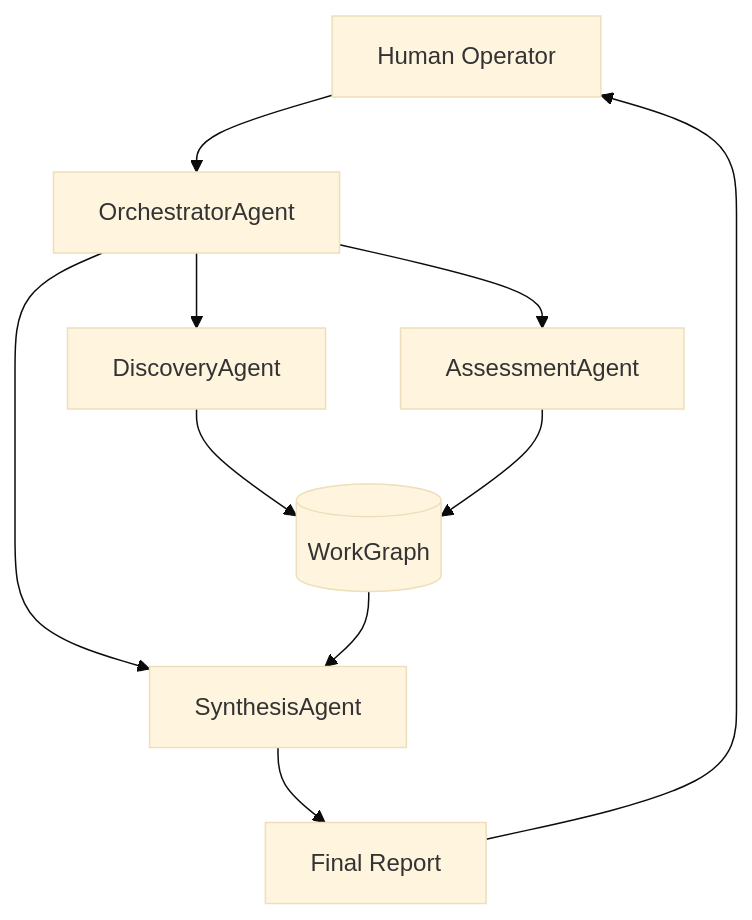
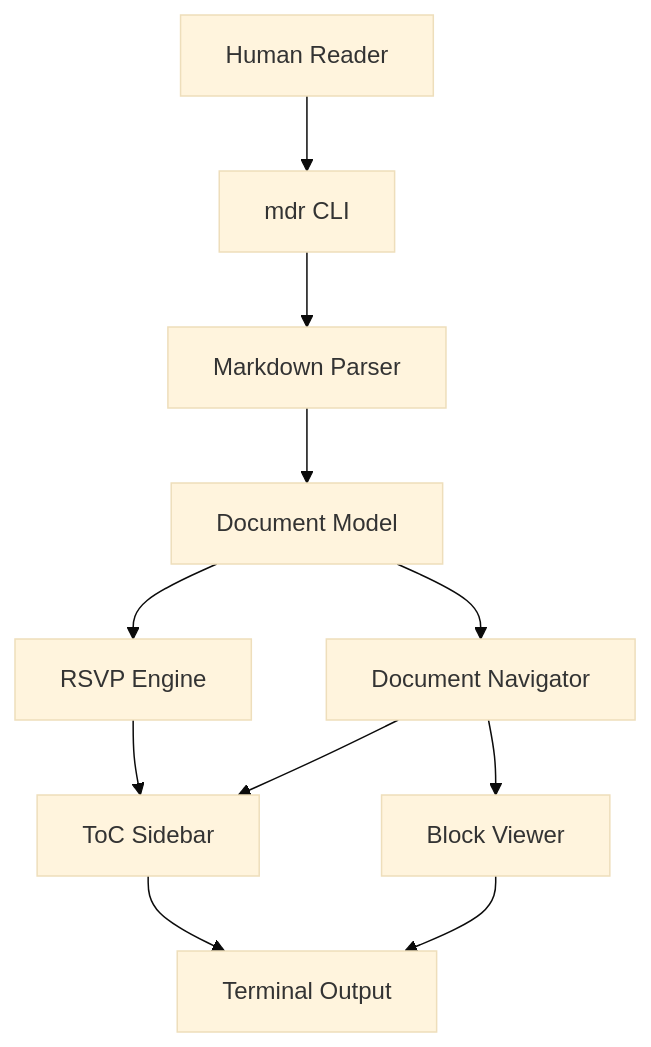
One commit to NiloCK/mdr changed the first of 3 diagrams in sample.md. Above: the diagram before and after it, drawn with Mermaid (base theme). The commit also changed other lines of this file, not shown here.

````diff
--- a/sample.md
+++ b/sample.md
@@ -24,12 +265,13 @@
 ```mermaid
 graph TD
-    User[Human Operator] --> Orch[OrchestratorAgent]
-    Orch --> Disc[DiscoveryAgent]
-    Orch --> Eval[AssessmentAgent]
-    Orch --> Synth[SynthesisAgent]
-    Disc --> WG[(WorkGraph)]
-    Eval --> WG
-    WG --> Synth
-    Synth --> Report[Final Report]
-    Report --> User
+    User[Human Reader] --> MDR[mdr CLI]
+    MDR --> Parser[Markdown Parser]
+    Parser --> Doc[Document Model]
+    Doc --> RSVP[RSVP Engine]
+    Doc --> Nav[Document Navigator]
+    RSVP --> ToC[ToC Sidebar]
+    Nav --> ToC
+    Nav --> Blocks[Block Viewer]
+    ToC --> Terminal[Terminal Output]
+    Blocks --> Terminal
 ```
````
